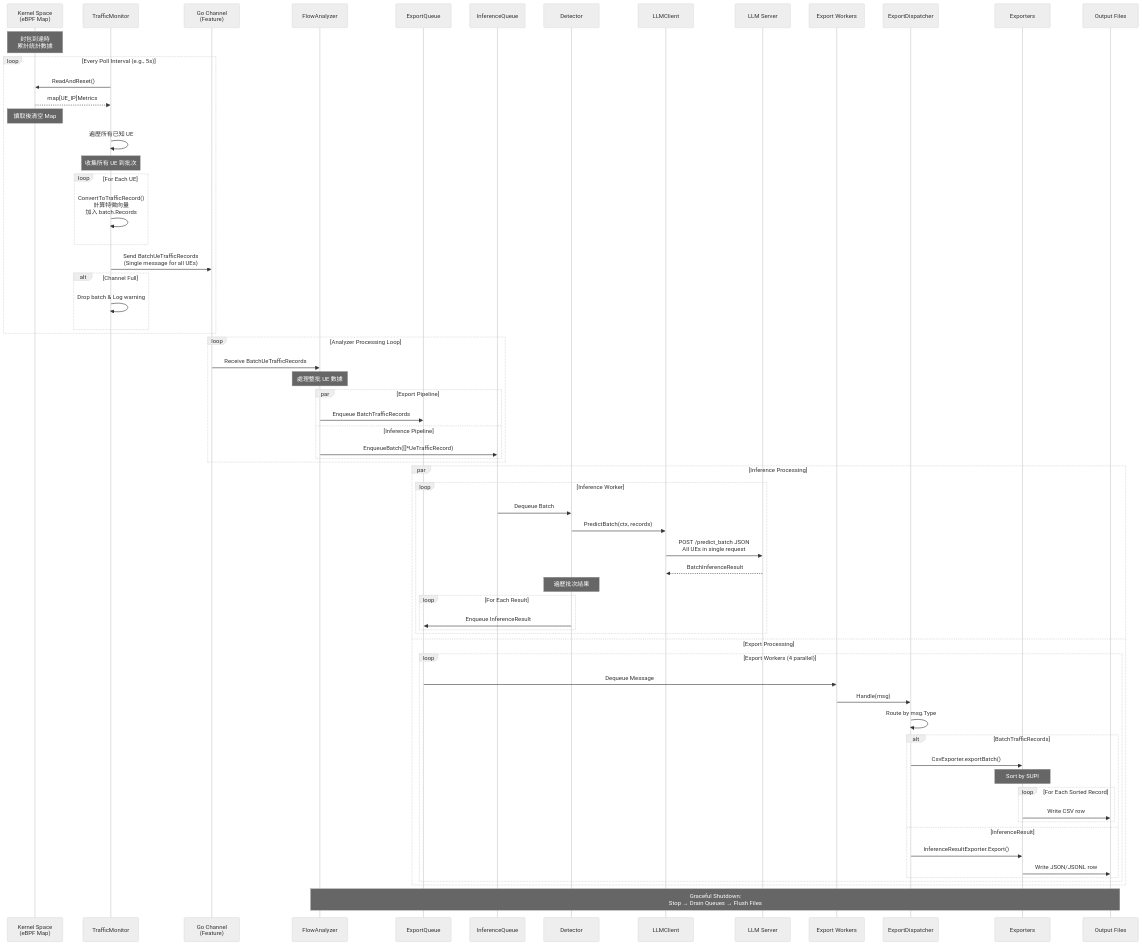
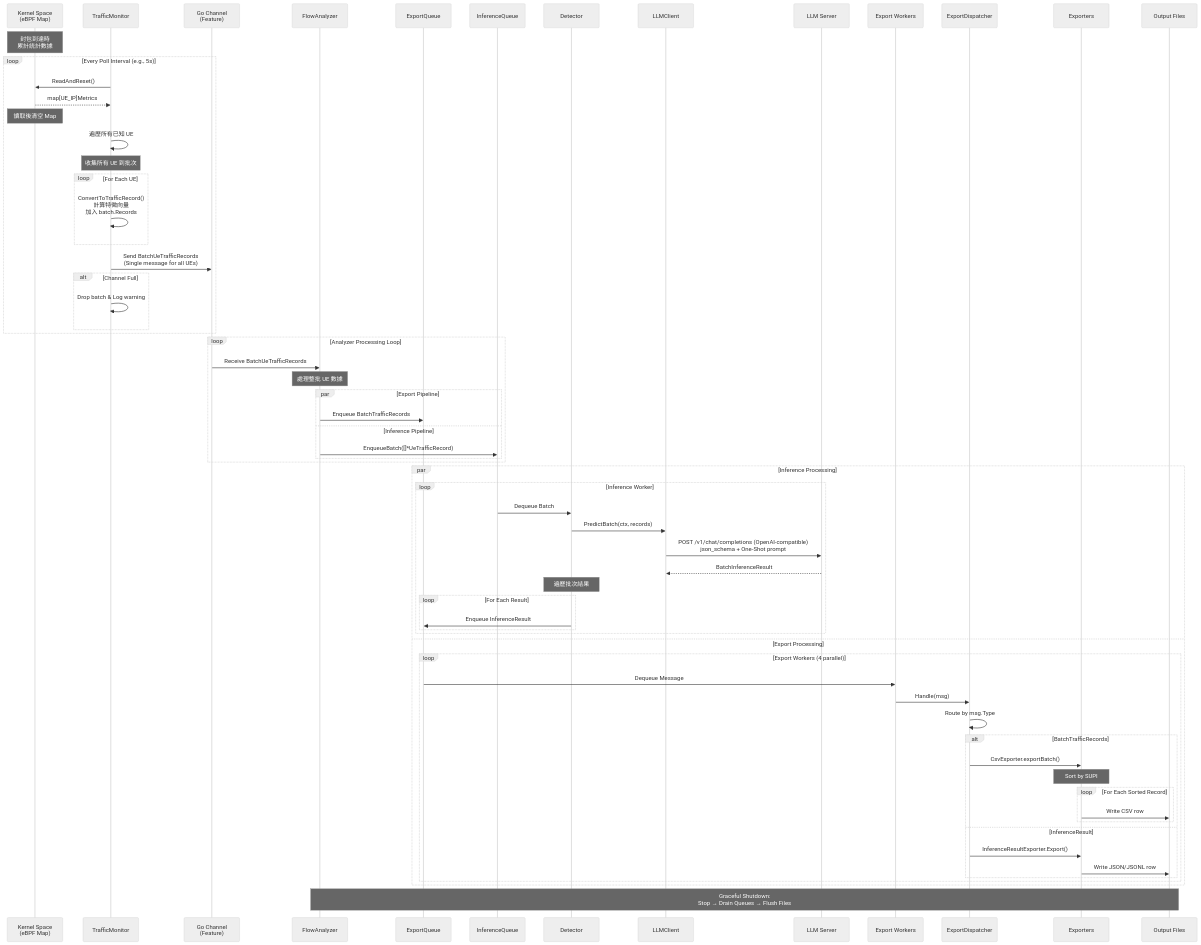
The second of 8 diagrams in docs/architecture.md (ian-cs12-NYCU/AnLF), drawn with Mermaid before and after one commit. The commit also changed other lines of this file and 5 other files, not shown here.

````diff
--- a/docs/architecture.md
+++ b/docs/architecture.md
@@ -92,81 +92,81 @@
 ```mermaid
 %%{init: {'theme':'neutral'}}%%
 sequenceDiagram
     participant K as Kernel Space<br/>(eBPF Map)
     participant M as TrafficMonitor
     participant C as Go Channel<br/>(Feature)
     participant A as FlowAnalyzer
     participant EQ as ExportQueue
     participant IQ as InferenceQueue
     participant D as Detector
     participant LC as LLMClient
     participant LS as LLM Server
     participant EW as Export Workers
     participant ED as ExportDispatcher
     participant E as Exporters
     participant F as Output Files
     
     Note over K: 封包到達時<br/>累計統計數據
     
     loop Every Poll Interval (e.g., 5s)
         M->>K: ReadAndReset()
         K-->>M: map[UE_IP]Metrics
         Note over K: 讀取後清空 Map
         
         M->>M: 遍歷所有已知 UE
         Note over M: 收集所有 UE 到批次
         
         loop For Each UE
             M->>M: ConvertToTrafficRecord()<br/>計算特徵向量<br/>加入 batch.Records
         end
         
         M->>C: Send BatchUeTrafficRecords<br/>(Single message for all UEs)
         
         alt Channel Full
             M->>M: Drop batch & Log warning
         end
     end
     
     loop Analyzer Processing Loop
         C->>A: Receive BatchUeTrafficRecords
         Note over A: 處理整批 UE 數據
         
         par Export Pipeline
             A->>EQ: Enqueue BatchTrafficRecords
         and Inference Pipeline
             A->>IQ: EnqueueBatch([]*UeTrafficRecord)
         end
     end
     
     par Inference Processing
         loop Inference Worker
             IQ->>D: Dequeue Batch
             D->>LC: PredictBatch(ctx, records)
-            LC->>LS: POST /predict_batch JSON<br/>All UEs in single request
+            LC->>LS: POST /v1/chat/completions (OpenAI-compatible)<br/>json_schema + One-Shot prompt
             LS-->>LC: BatchInferenceResult
             Note over D: 遍歷批次結果
             loop For Each Result
                 D->>EQ: Enqueue InferenceResult
             end
         end
     and Export Processing
         loop Export Workers (4 parallel)
             EQ->>EW: Dequeue Message
             EW->>ED: Handle(msg)
             ED->>ED: Route by msg.Type
             
             alt BatchTrafficRecords
                 ED->>E: CsvExporter.exportBatch()
                 Note over E: Sort by SUPI
                 loop For Each Sorted Record
                     E->>F: Write CSV row
                 end
             else InferenceResult
                 ED->>E: InferenceResultExporter.Export()
                 E->>F: Write JSON/JSONL row
             end
         end
     end
     
     Note over A,F: Graceful Shutdown:<br/>Stop → Drain Queues → Flush Files
 ```
````
